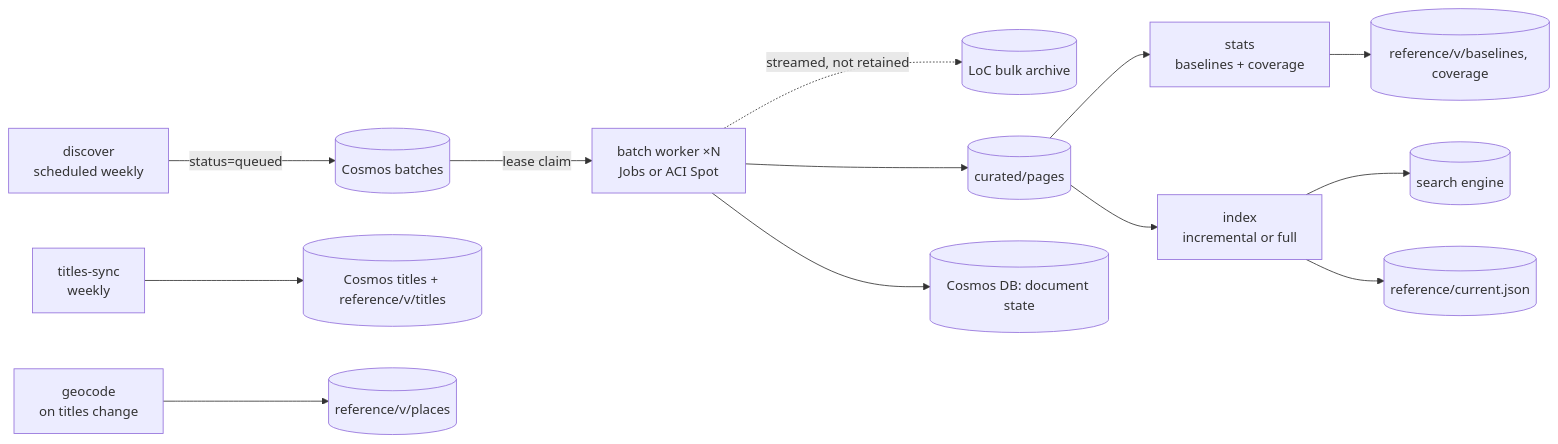
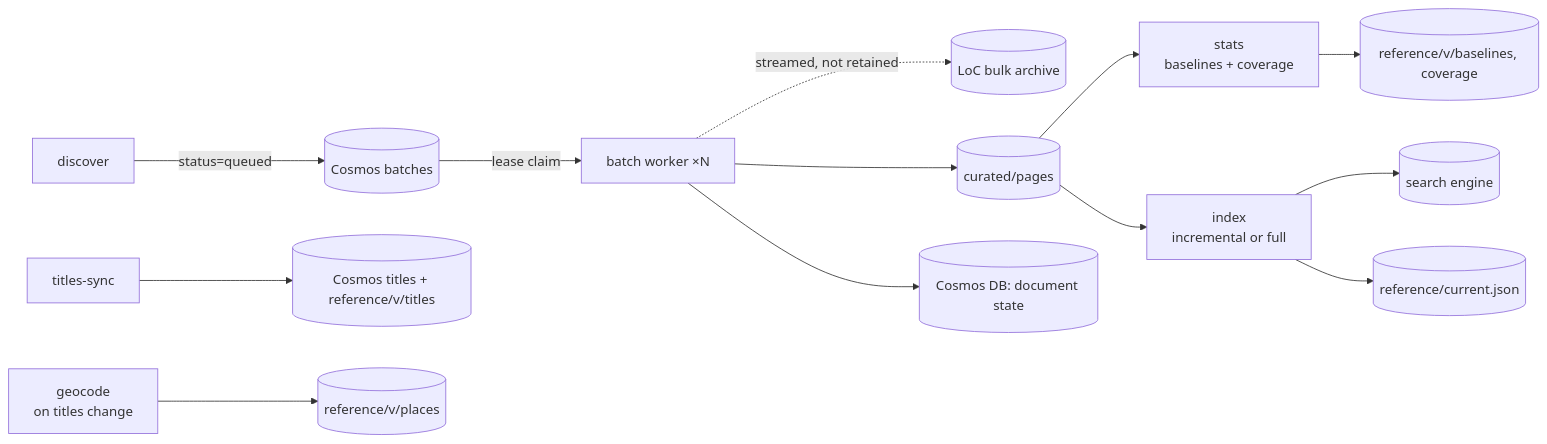
The diagram in docs/design/04-data-sources-and-ingestion.md (tgoodyear/usnewsmap.com), drawn with Mermaid before and after one commit. The commit also changed other lines of this file and 1 other file, not shown here.

````diff
--- a/docs/design/04-data-sources-and-ingestion.md
+++ b/docs/design/04-data-sources-and-ingestion.md
@@ -182,13 +196,13 @@
 ```mermaid
 flowchart LR
-  D[discover<br/>scheduled weekly] -->|status=queued| Q[(Cosmos batches)]
-  Q -->|lease claim| B[batch worker ×N<br/>Jobs or ACI Spot]
+  D[discover] -->|status=queued| Q[(Cosmos batches)]
+  Q -->|lease claim| B[batch worker ×N]
   B -. streamed, not retained .-> RAW[(LoC bulk archive)]
   B --> CUR[(curated/pages)]
   B --> MAN[(Cosmos DB: document state)]
-  T[titles-sync<br/>weekly] --> REFT[(Cosmos titles + reference/v/titles)]
+  T[titles-sync] --> REFT[(Cosmos titles + reference/v/titles)]
   G[geocode<br/>on titles change] --> REFP[(reference/v/places)]
   CUR --> S[stats<br/>baselines + coverage] --> REFB[(reference/v/baselines, coverage)]
   CUR --> I[index<br/>incremental or full] --> SE[(search engine)]
   I --> CURJ[(reference/current.json)]
 ```
````
